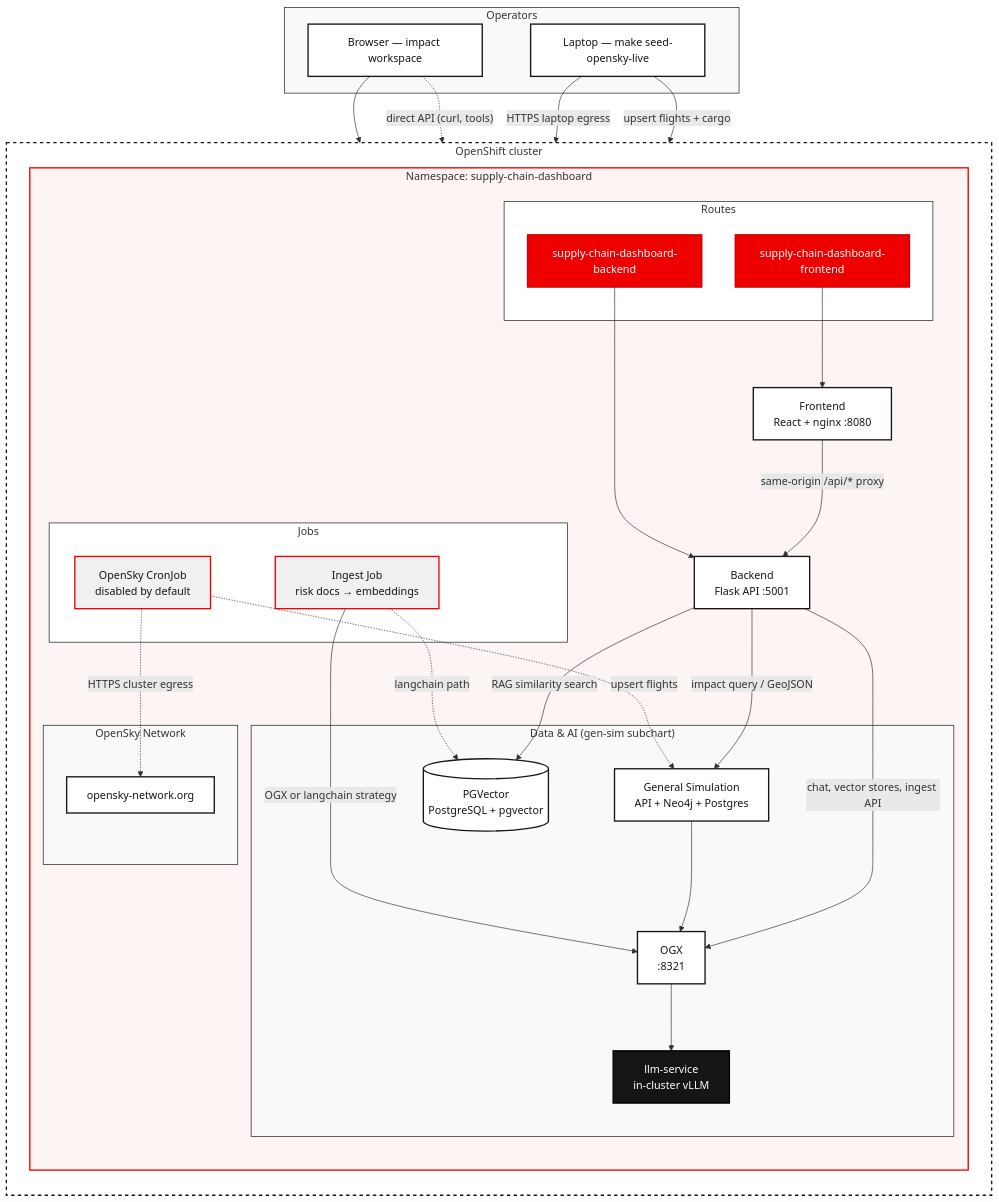
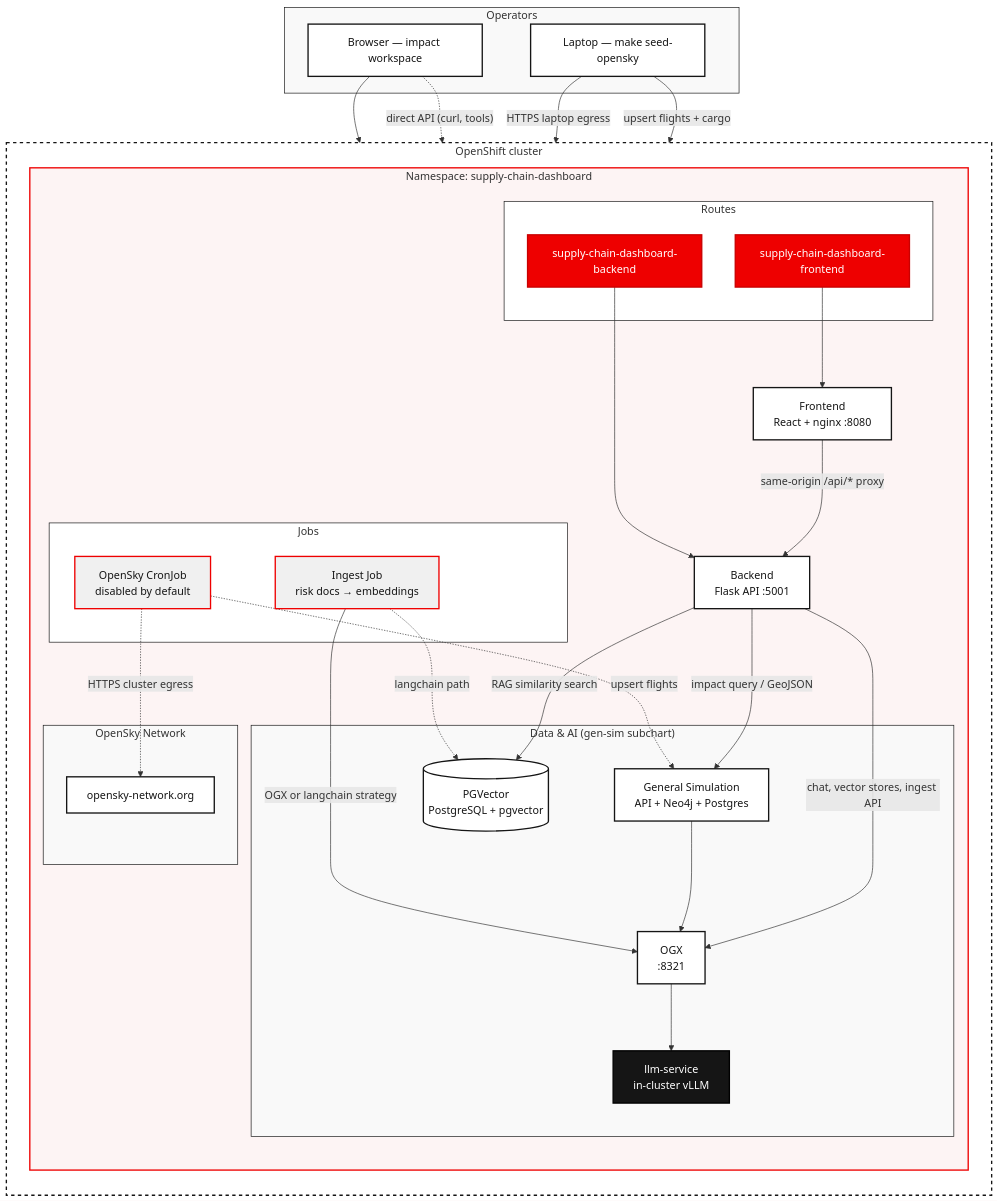
Before and after one commit to rh-ai-quickstart/ai-supply-chain-agent: the diagram in README.md, drawn with Mermaid. The commit also changed other lines of this file and 131 other files, not shown here.

````diff
--- a/README.md
+++ b/README.md
@@ -68,69 +68,69 @@
 ```mermaid
 flowchart TB
     classDef default fill:#F0F0F0,stroke:#EE0000,stroke-width:2px,color:#151515
     classDef rhRed fill:#EE0000,stroke:#C90000,stroke-width:2px,color:#FFFFFF
     classDef rhBlack fill:#151515,stroke:#000000,stroke-width:2px,color:#FFFFFF
     classDef rhOutline fill:#FFFFFF,stroke:#151515,stroke-width:2px,color:#151515
 
     subgraph users["Operators"]
         U1["Browser — impact workspace"]:::rhOutline
-        U2["Laptop — make seed-opensky-live"]:::rhOutline
+        U2["Laptop — make seed-opensky"]:::rhOutline
     end
 
     subgraph ocp["OpenShift cluster"]
         direction TB
         subgraph ns["Namespace: supply-chain-dashboard"]
             direction TB
             subgraph routes["Routes"]
                 R_FE["supply-chain-dashboard-frontend"]:::rhRed
                 R_BE["supply-chain-dashboard-backend"]:::rhRed
             end
 
             FE["Frontend<br/>React + nginx :8080"]:::rhOutline
             BE["Backend<br/>Flask API :5001"]:::rhOutline
 
             subgraph jobs["Jobs"]
                 ING["Ingest Job<br/>risk docs → embeddings"]:::default
                 OSJOB["OpenSky CronJob<br/>disabled by default"]:::default
             end
 
             subgraph data["Data & AI (gen-sim subchart)"]
                 PG[("PGVector<br/>PostgreSQL + pgvector")]:::rhOutline
                 LS["OGX<br/>:8321"]:::rhOutline
                 VLLM["llm-service<br/>in-cluster vLLM"]:::rhBlack
                 GS["General Simulation<br/>API + Neo4j + Postgres"]:::rhOutline
             end
 
             subgraph ext["OpenSky Network"]
                 OS["opensky-network.org"]:::rhOutline
             end
         end
     end
 
     U1 --> R_FE --> FE
     FE -->|"same-origin /api/* proxy"| BE
     U1 -.->|"direct API (curl, tools)"| R_BE
     R_BE --> BE
 
     BE -->|"impact query / GeoJSON"| GS
     BE -->|"RAG similarity search"| PG
     BE -->|"chat, vector stores, ingest API"| LS
     LS --> VLLM
     GS --> LS
 
     ING -->|"OGX or langchain strategy"| LS
     ING -.->|"langchain path"| PG
 
     U2 -->|"HTTPS laptop egress"| OS
     U2 -->|"upsert flights + cargo"| GS
     OSJOB -.->|"HTTPS cluster egress"| OS
     OSJOB -.->|"upsert flights"| GS
 
     style users fill:#f9f9f9,stroke:#151515,stroke-width:1px
     style ext fill:#f9f9f9,stroke:#151515,stroke-width:1px
     style ocp fill:#ffffff,stroke:#151515,stroke-width:2px,stroke-dasharray: 5 5
     style ns fill:#fdf4f4,stroke:#EE0000,stroke-width:2px
     style routes fill:#ffffff,stroke:#151515,stroke-width:1px
     style jobs fill:#ffffff,stroke:#151515,stroke-width:1px
     style data fill:#f9f9f9,stroke:#151515,stroke-width:1px
 ```
````
